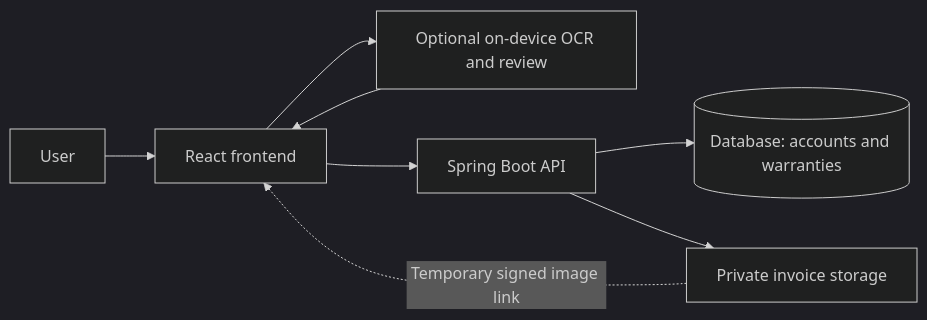
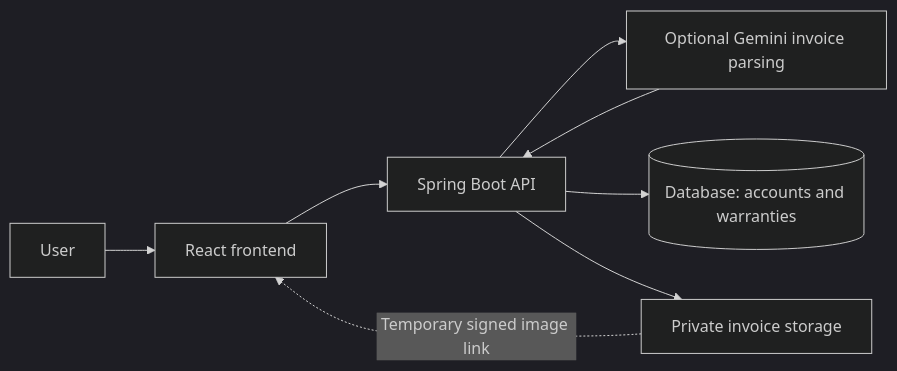
One commit to lostvayne47/Advanced-Warranty-Tracker changed the diagram in README.md. Above: the diagram before and after it, drawn with Mermaid (dark theme). The commit also changed other lines of this file and 17 other files, not shown here.

````diff
--- a/README.md
+++ b/README.md
@@ -21,10 +21,10 @@
 ```mermaid
 flowchart LR
     User[User] --> UI[React frontend]
-    UI --> OCR[Optional on-device OCR and review]
-    OCR --> UI
+    API --> Gemini[Optional Gemini invoice parsing]
+    Gemini --> API
     UI --> API[Spring Boot API]
     API --> DB[(Database: accounts and warranties)]
     API --> Storage[Private invoice storage]
     Storage -. Temporary signed image link .-> UI
 ```
````
